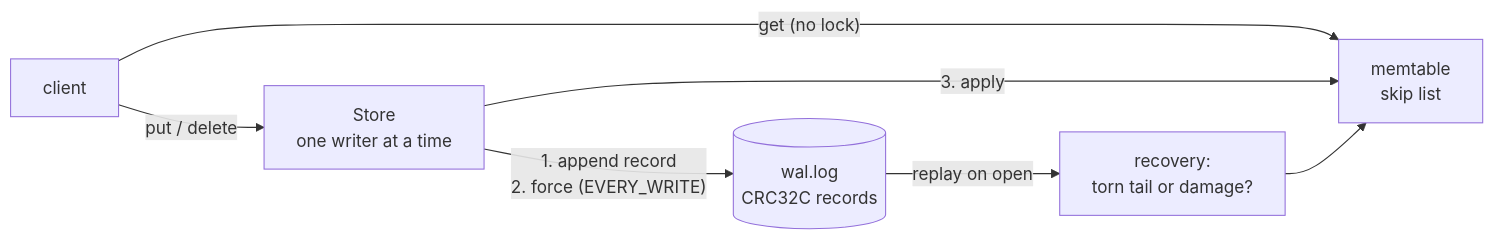
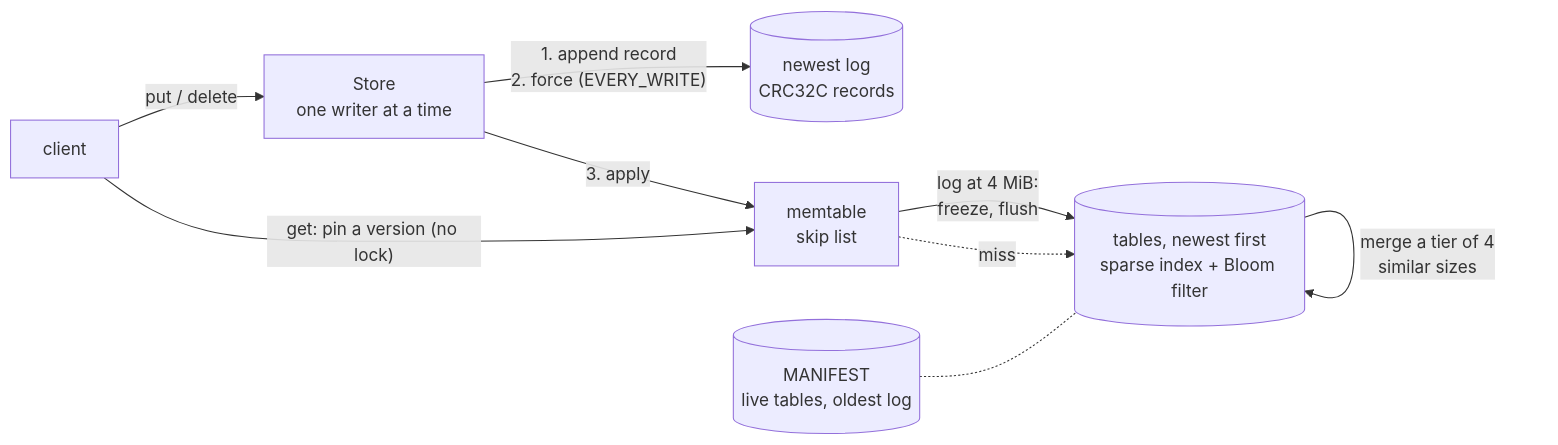
Before and after one commit to vivekdavara/keystore: the diagram in README.md, drawn with Mermaid. The commit also changed other lines of this file, not shown here.

Commit message:
README: day 2's architecture, tests, review findings, decisions and limits

````diff
--- a/README.md
+++ b/README.md
@@ -19,9 +21,11 @@
 ```mermaid
 flowchart LR
     client[client] -->|"put / delete"| store[Store<br/>one writer at a time]
-    client -->|"get (no lock)"| mem
-    store -->|"1. append record<br/>2. force (EVERY_WRITE)"| wal[(wal.log<br/>CRC32C records)]
+    store -->|"1. append record<br/>2. force (EVERY_WRITE)"| wal[(newest log<br/>CRC32C records)]
     store -->|"3. apply"| mem[memtable<br/>skip list]
-    wal -->|"replay on open"| recovery[recovery:<br/>torn tail or damage?]
-    recovery --> mem
+    mem -->|"log at 4 MiB:<br/>freeze, flush"| sst[(tables, newest first<br/>sparse index + Bloom filter)]
+    sst -->|"merge a tier of 4<br/>similar sizes"| sst
+    manifest[(MANIFEST<br/>live tables, oldest log)] -.- sst
+    client -->|"get: pin a version (no lock)"| mem
+    mem -.->|"miss"| sst
 ```
````
